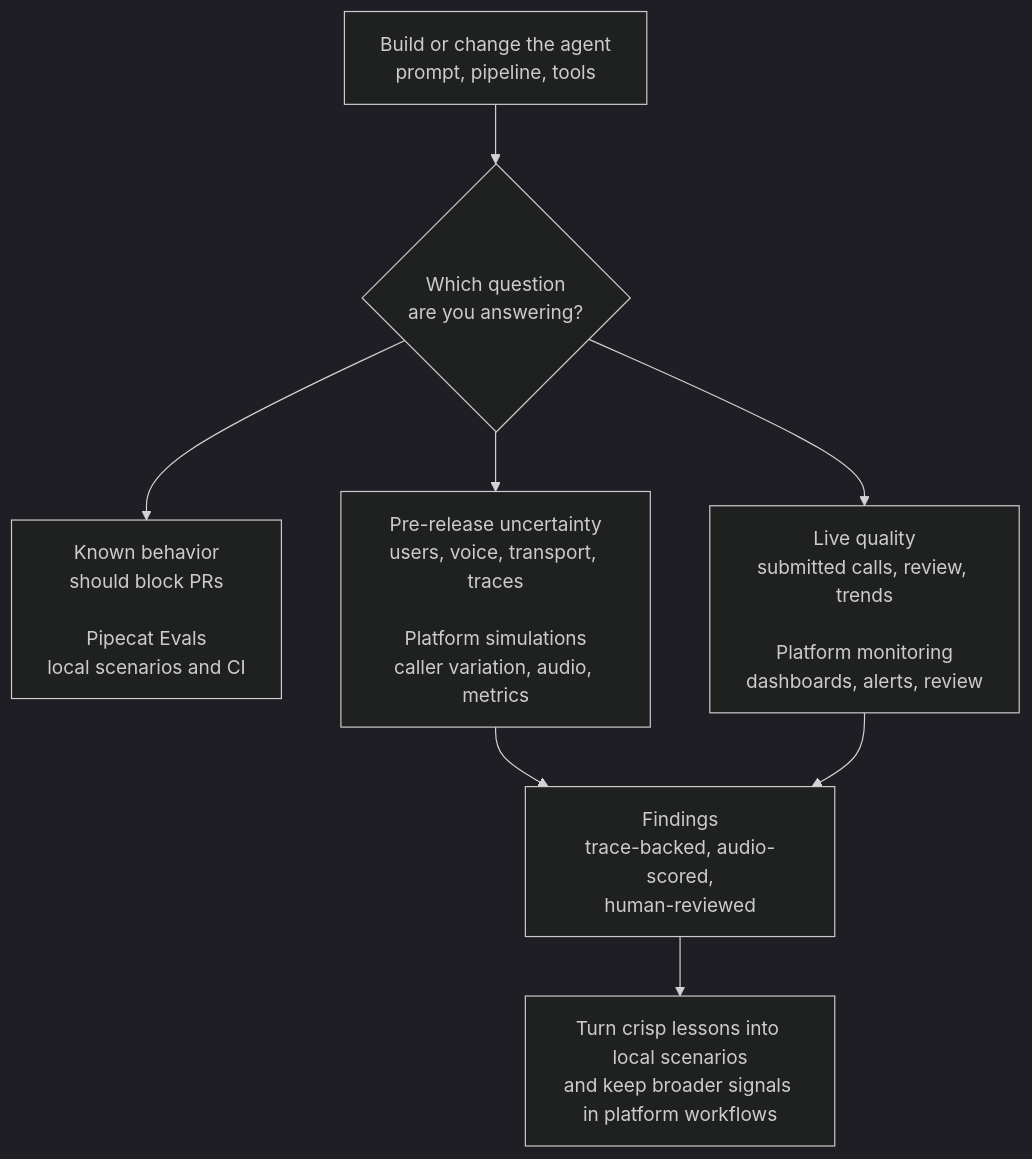
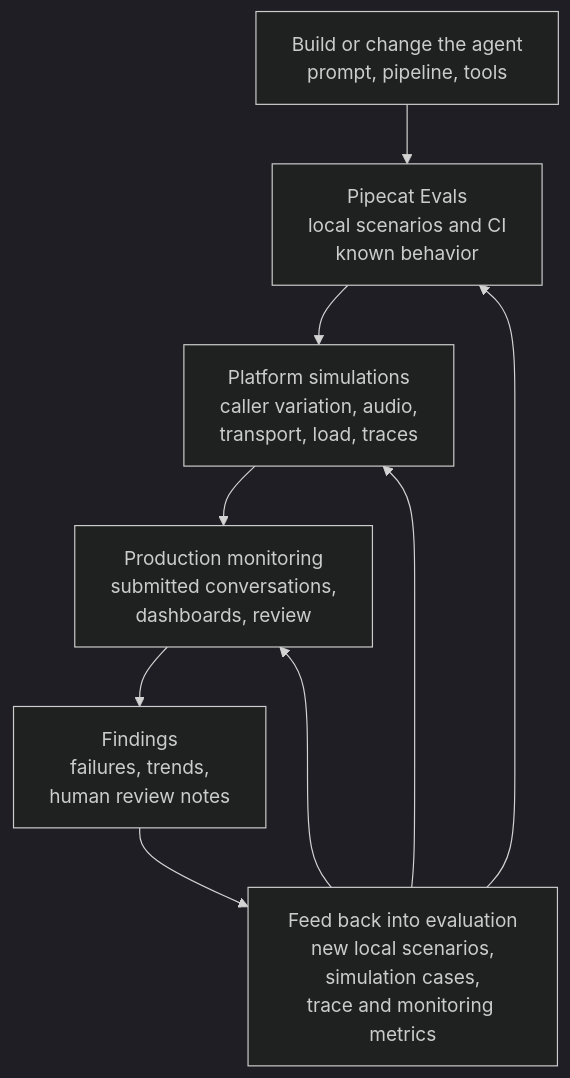
One commit to pipecat-ai/docs changed the diagram in pipecat/evals/lifecycle.mdx. Above: the diagram before and after it, drawn with Mermaid (dark theme). The commit also changed other lines of this file, not shown here.

Commit message:
Align lifecycle diagram with feedback loop

````diff
--- a/pipecat/evals/lifecycle.mdx
+++ b/pipecat/evals/lifecycle.mdx
@@ -25,10 +25,11 @@
 ```mermaid
 flowchart TB
-  A["Build or change the agent<br/>prompt, pipeline, tools"] --> B{"Which question<br/>are you answering?"}
-  B --> C["Known behavior<br/>should block PRs<br/><br/>Pipecat Evals<br/>local scenarios and CI"]
-  B --> D["Pre-release uncertainty<br/>users, voice, transport, traces<br/><br/>Platform simulations<br/>caller variation, audio, metrics"]
-  B --> E["Live quality<br/>submitted calls, review, trends<br/><br/>Platform monitoring<br/>dashboards, alerts, review"]
-  D --> F["Findings<br/>trace-backed, audio-scored,<br/>human-reviewed"]
-  E --> F
-  F --> G["Turn crisp lessons into local scenarios<br/>and keep broader signals in platform workflows"]
+  A["Build or change the agent<br/>prompt, pipeline, tools"] --> B["Pipecat Evals<br/>local scenarios and CI<br/>known behavior"]
+  B --> C["Platform simulations<br/>caller variation, audio,<br/>transport, load, traces"]
+  C --> D["Production monitoring<br/>submitted conversations,<br/>dashboards, review"]
+  D --> E["Findings<br/>failures, trends,<br/>human review notes"]
+  E --> F["Feed back into evaluation<br/>new local scenarios,<br/>simulation cases,<br/>trace and monitoring metrics"]
+  F --> B
+  F --> C
+  F --> D
 ```
````
